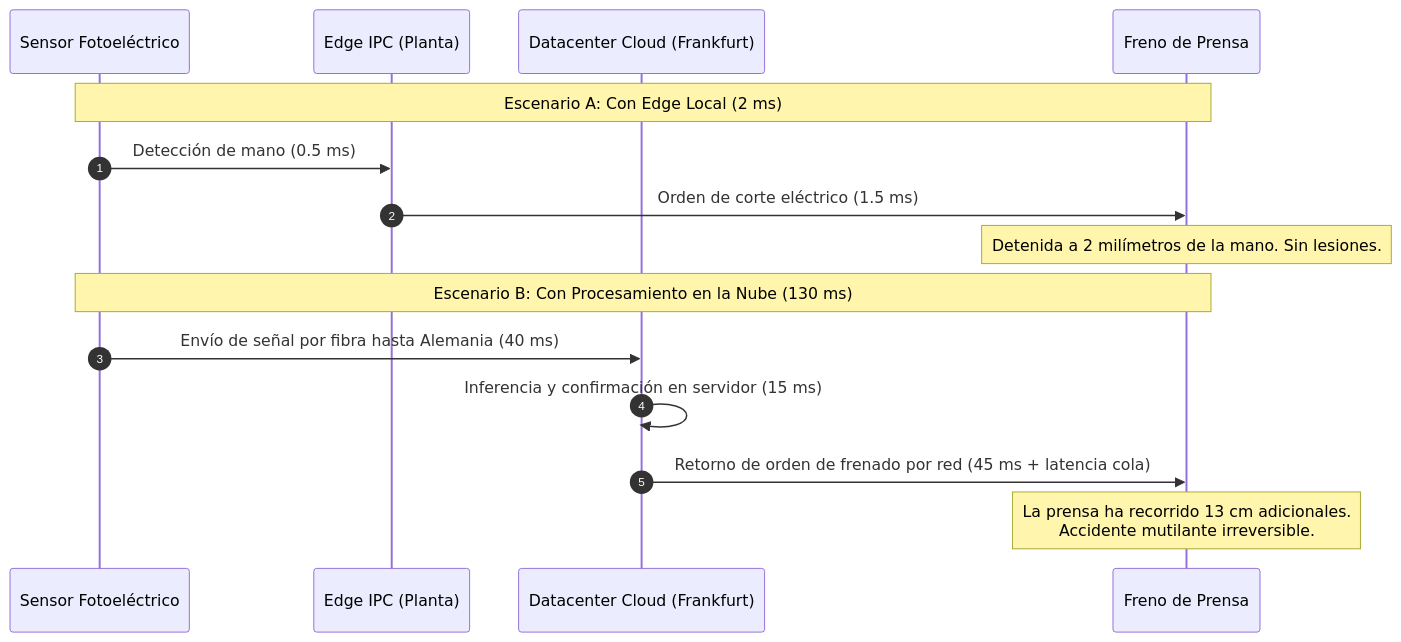
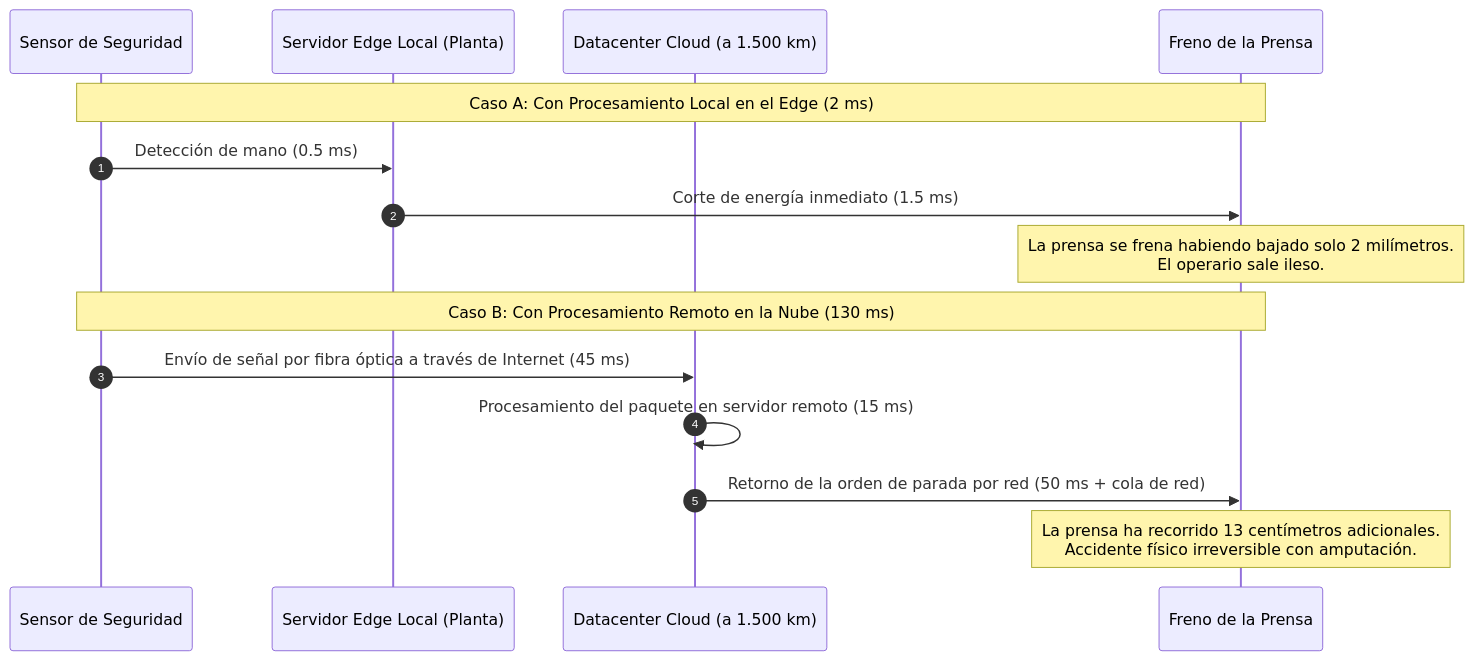
The fourth of 6 diagrams in docs/temas/01-digitalizacion/04-edge-cloud-sostenibilidad.md (jssdocente/dasp2627d), drawn with Mermaid before and after one commit. The commit also changed other lines of this file and 2 other files, not shown here.

````diff
--- a/docs/temas/01-digitalizacion/04-edge-cloud-sostenibilidad.md
+++ b/docs/temas/01-digitalizacion/04-edge-cloud-sostenibilidad.md
@@ -100,19 +110,19 @@
 ```mermaid
 sequenceDiagram
     autonumber
-    participant Operario as Sensor Fotoeléctrico
-    participant Edge as Edge IPC (Planta)
-    participant Nube as Datacenter Cloud (Frankfurt)
-    participant Prensa as Freno de Prensa
+    participant Op as Sensor de Seguridad
+    participant Edge as Servidor Edge Local (Planta)
+    participant Nube as Datacenter Cloud (a 1.500 km)
+    participant Freno as Freno de la Prensa
 
-    Note over Operario,Prensa: Escenario A: Con Edge Local (2 ms)
-    Operario->>Edge: Detección de mano (0.5 ms)
-    Edge->>Prensa: Orden de corte eléctrico (1.5 ms)
-    Note over Prensa: Detenida a 2 milímetros de la mano. Sin lesiones.
+    Note over Op,Freno: Caso A: Con Procesamiento Local en el Edge (2 ms)
+    Op->>Edge: Detección de mano (0.5 ms)
+    Edge->>Freno: Corte de energía inmediato (1.5 ms)
+    Note over Freno: La prensa se frena habiendo bajado solo 2 milímetros.<br/>El operario sale ileso.
 
-    Note over Operario,Prensa: Escenario B: Con Procesamiento en la Nube (130 ms)
-    Operario->>Nube: Envío de señal por fibra hasta Alemania (40 ms)
-    Nube->>Nube: Inferencia y confirmación en servidor (15 ms)
-    Nube->>Prensa: Retorno de orden de frenado por red (45 ms + latencia cola)
-    Note over Prensa: La prensa ha recorrido 13 cm adicionales.<br/>Accidente mutilante irreversible.
+    Note over Op,Freno: Caso B: Con Procesamiento Remoto en la Nube (130 ms)
+    Op->>Nube: Envío de señal por fibra óptica a través de Internet (45 ms)
+    Nube->>Nube: Procesamiento del paquete en servidor remoto (15 ms)
+    Nube->>Freno: Retorno de la orden de parada por red (50 ms + cola de red)
+    Note over Freno: La prensa ha recorrido 13 centímetros adicionales.<br/>Accidente físico irreversible con amputación.
 ```
````
